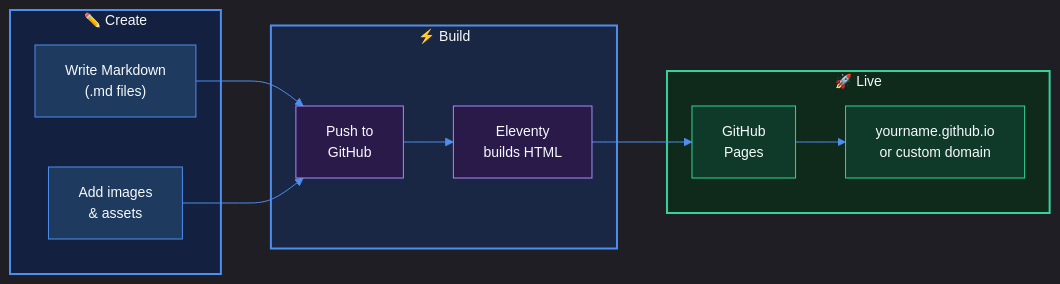
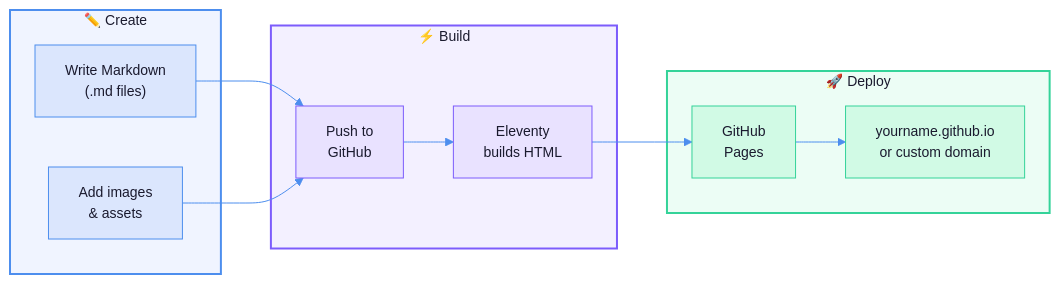
One commit to chris-trag/chris-trag.github.io changed the diagram in README.md. Above: the diagram before and after it, drawn with Mermaid.

Commit message:
docs: light mermaid diagram with pastel blue/purple/green stages

````diff
--- a/README.md
+++ b/README.md
@@ -9,35 +9,35 @@
 ```mermaid
-%%{init: {'theme': 'dark', 'themeVariables': { 'primaryColor': '#1a2744', 'primaryTextColor': '#f7fafc', 'primaryBorderColor': '#4d8eee', 'lineColor': '#4d8eee', 'secondaryColor': '#142040', 'tertiaryColor': '#0a0c14', 'fontSize': '14px' }}}%%
+%%{init: {'theme': 'base', 'themeVariables': { 'primaryColor': '#e8f0fe', 'primaryTextColor': '#1a1a2e', 'primaryBorderColor': '#4d8eee', 'lineColor': '#4d8eee', 'fontSize': '14px', 'fontFamily': 'system-ui' }}}%%
 
 flowchart LR
     subgraph edit ["✏️ Create"]
         A["Write Markdown\n(.md files)"]
         B["Add images\n& assets"]
     end
 
     subgraph build ["⚡ Build"]
         C["Push to\nGitHub"]
         D["Eleventy\nbuilds HTML"]
     end
 
-    subgraph deploy ["🚀 Live"]
+    subgraph deploy ["🚀 Deploy"]
         E["GitHub\nPages"]
         F["yourname.github.io\nor custom domain"]
     end
 
     A --> C
     B --> C
     C --> D
     D --> E
     E --> F
 
-    style edit fill:#142040,stroke:#4d8eee,stroke-width:2px,color:#f7fafc
-    style build fill:#1a2744,stroke:#4d8eee,stroke-width:2px,color:#f7fafc
-    style deploy fill:#0f2a1a,stroke:#34d399,stroke-width:2px,color:#f7fafc
-    style A fill:#1e3a5f,stroke:#4d8eee,color:#f7fafc
-    style B fill:#1e3a5f,stroke:#4d8eee,color:#f7fafc
-    style C fill:#2a1a4a,stroke:#a78bfa,color:#f7fafc
-    style D fill:#2a1a4a,stroke:#a78bfa,color:#f7fafc
-    style E fill:#0f3a2a,stroke:#34d399,color:#f7fafc
-    style F fill:#0f3a2a,stroke:#34d399,color:#f7fafc
+    style edit fill:#f0f4ff,stroke:#4d8eee,stroke-width:2px,color:#1a1a2e
+    style build fill:#f3f0ff,stroke:#7c5cfc,stroke-width:2px,color:#1a1a2e
+    style deploy fill:#ecfdf5,stroke:#34d399,stroke-width:2px,color:#1a1a2e
+    style A fill:#dbe6fd,stroke:#4d8eee,color:#1a1a2e
+    style B fill:#dbe6fd,stroke:#4d8eee,color:#1a1a2e
+    style C fill:#e9e2ff,stroke:#7c5cfc,color:#1a1a2e
+    style D fill:#e9e2ff,stroke:#7c5cfc,color:#1a1a2e
+    style E fill:#d1fae5,stroke:#34d399,color:#1a1a2e
+    style F fill:#d1fae5,stroke:#34d399,color:#1a1a2e
 ```
````
